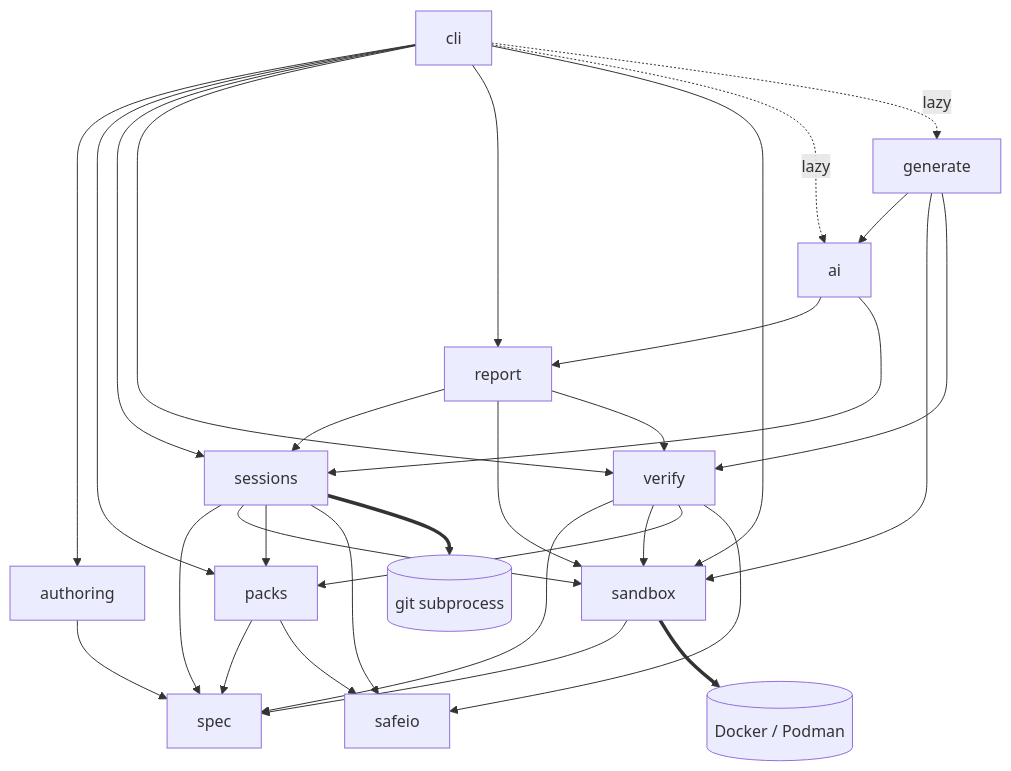
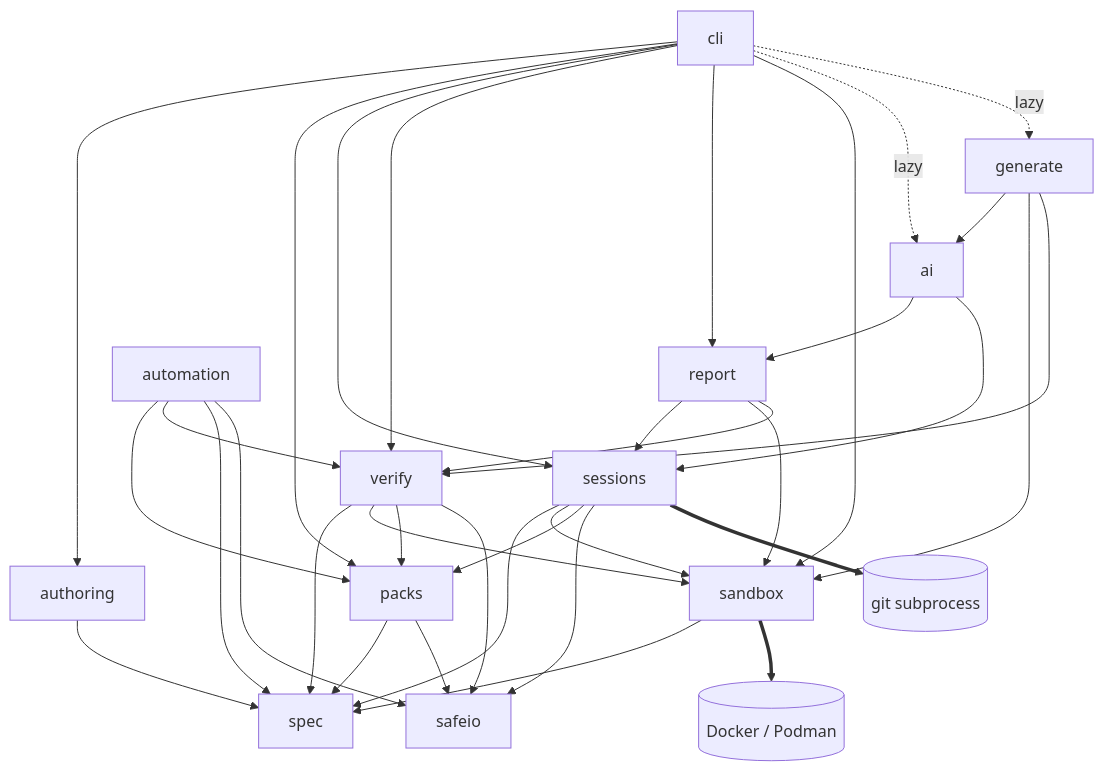
Before and after one commit to franndeli/patchground: the diagram in architecture.md, drawn with Mermaid. The commit also changed other lines of this file and 18 other files, not shown here.

````diff
--- a/architecture.md
+++ b/architecture.md
@@ -18,15 +18,16 @@
 ```mermaid
 flowchart TD
   cli --> authoring & packs & sessions & verify & report & sandbox
   authoring --> spec
+  automation --> packs & verify & spec & safeio
   cli -. lazy .-> ai & generate
   packs --> spec & safeio
   sessions --> spec & sandbox & packs & safeio
   verify --> spec & sandbox & packs & safeio
   report --> sessions & sandbox & verify
   sandbox --> spec
   ai --> report & sessions
   generate --> ai & sandbox & verify
   sandbox ==> docker[(Docker / Podman)]
   sessions ==> git[(git subprocess)]
 ```
````
